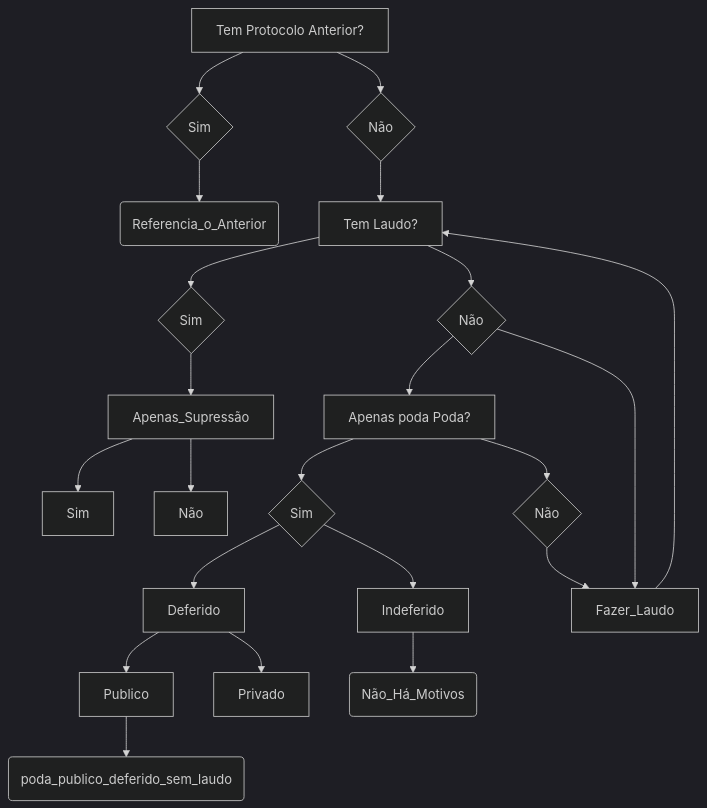
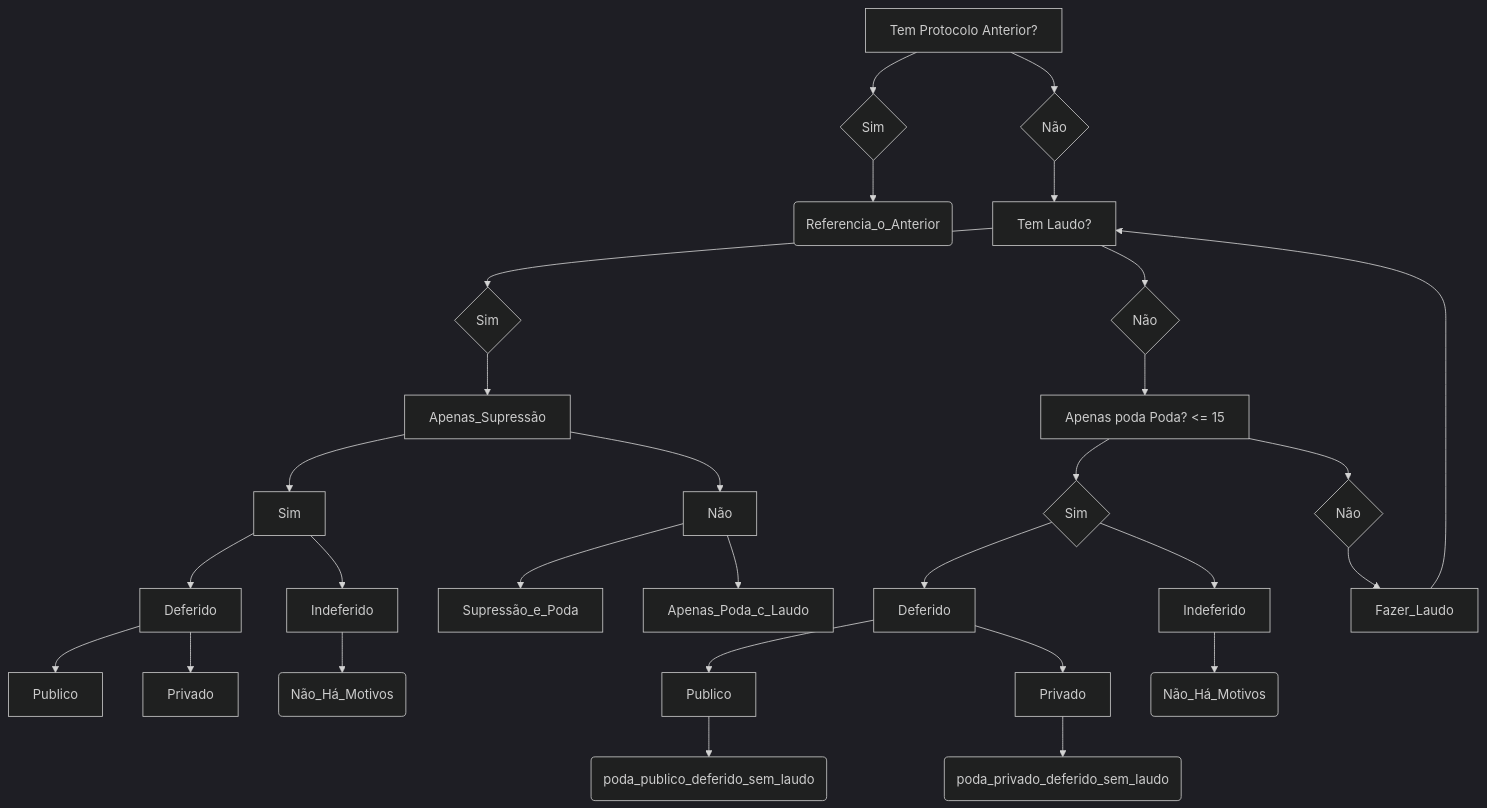
The diagram in Viveiro_Analises/Fluxograma_Despacho.md (carloslocatellij/applications), drawn with Mermaid (dark theme) before and after one commit. The commit also changed other lines of this file and 7 other files, not shown here.

````diff
--- a/Viveiro_Analises/Fluxograma_Despacho.md
+++ b/Viveiro_Analises/Fluxograma_Despacho.md
@@ -7,41 +7,51 @@
 ```mermaid
 graph TD
 
 a0[Tem Protocolo Anterior?]
 
 a0 --> S0{Sim}
 a0 --> N0{Não}
 S0 --> Ref_Anterior(Referencia_o_Anterior)
 N0 --> 0
 
 0[Tem Laudo?]
 0 --> S1{Sim}
 0 --> N1{Não}
 
-N1 --> poda0[Apenas poda Poda?]
+N1 --> poda0[Apenas poda Poda? <= 15]
 
 poda0 --> S2{Sim}
 poda0 --> N2{Não}
-N1 --> Fazer_Laudo
 Fazer_Laudo --> 0
 
 S2 --> def1[Deferido]
 S2 --> indef1[Indeferido]
 
 def1 -->  pub1[Publico]
 def1 -->  priv1[Privado]
 
 indef1 --> Ind1(Não_Há_Motivos)
 pub1 --> n0n1s2pubDef(poda_publico_deferido_sem_laudo)
-
+priv1 --> n0n1s2privDef(poda_privado_deferido_sem_laudo)
+ 
 
 N2 --> Fazer_Laudo
 
 S1 --> Apenas_Supressão
 
 Apenas_Supressão --> S3[Sim]
 Apenas_Supressão --> N3[Não]
 
+N3 --> Supressão_e_Poda
+N3 --> Apenas_Poda_c_Laudo
+
+S3 --> def2[Deferido]
+S3 --> indef2[Indeferido]
+indef2 --> Ind2(Não_Há_Motivos)
+
+def2 --> pub2[Publico]
+def2 --> priv2[Privado]
+
 
 
 ```
````
